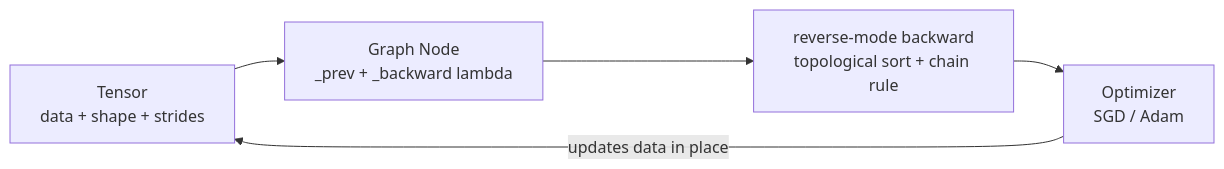
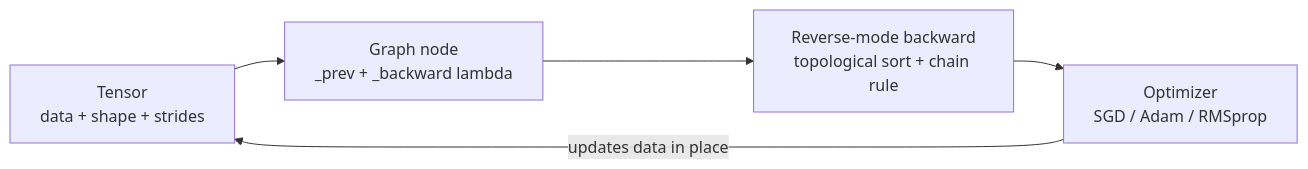
One commit to ibraramin/MiniML-CPP changed the diagram in README.md. Above: the diagram before and after it, drawn with Mermaid. The commit also changed other lines of this file, not shown here.

````diff
--- a/README.md
+++ b/README.md
@@ -44,7 +131,7 @@
 ```mermaid
 flowchart LR
-    T[Tensor<br/>data + shape + strides] --> G[Graph Node<br/>_prev + _backward lambda]
-    G --> B[reverse-mode backward<br/>topological sort + chain rule]
-    B --> O[Optimizer<br/>SGD / Adam]
+    T[Tensor<br/>data + shape + strides] --> G[Graph node<br/>_prev + _backward lambda]
+    G --> B[Reverse-mode backward<br/>topological sort + chain rule]
+    B --> O[Optimizer<br/>SGD / Adam / RMSprop]
     O -->|updates data in place| T
 ```
````
